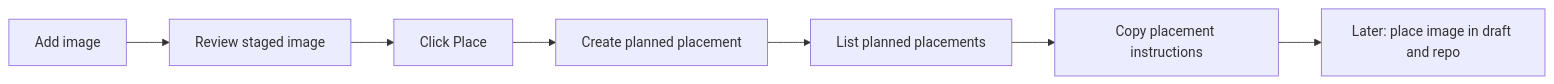
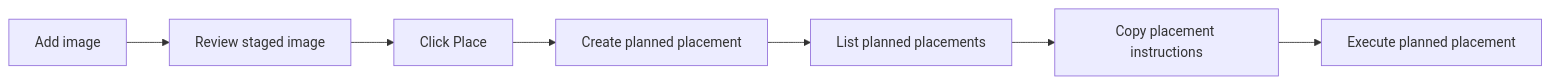
One commit to owencorpening/oat-tools-vscode changed the diagram in docs/image-pipeline-quickstart.md. Above: the diagram before and after it, drawn with Mermaid. The commit also changed other lines of this file and 11 other files, not shown here.

Commit message:
add guarded image placement executor

````diff
--- a/docs/image-pipeline-quickstart.md
+++ b/docs/image-pipeline-quickstart.md
@@ -24,9 +25,9 @@
 ```mermaid
 flowchart LR
   A[Add image] --> B[Review staged image]
   B --> C[Click Place]
   C --> D[Create planned placement]
   D --> E[List planned placements]
   E --> F[Copy placement instructions]
-  F --> G[Later: place image in draft and repo]
+  F --> G[Execute planned placement]
 ```
````
